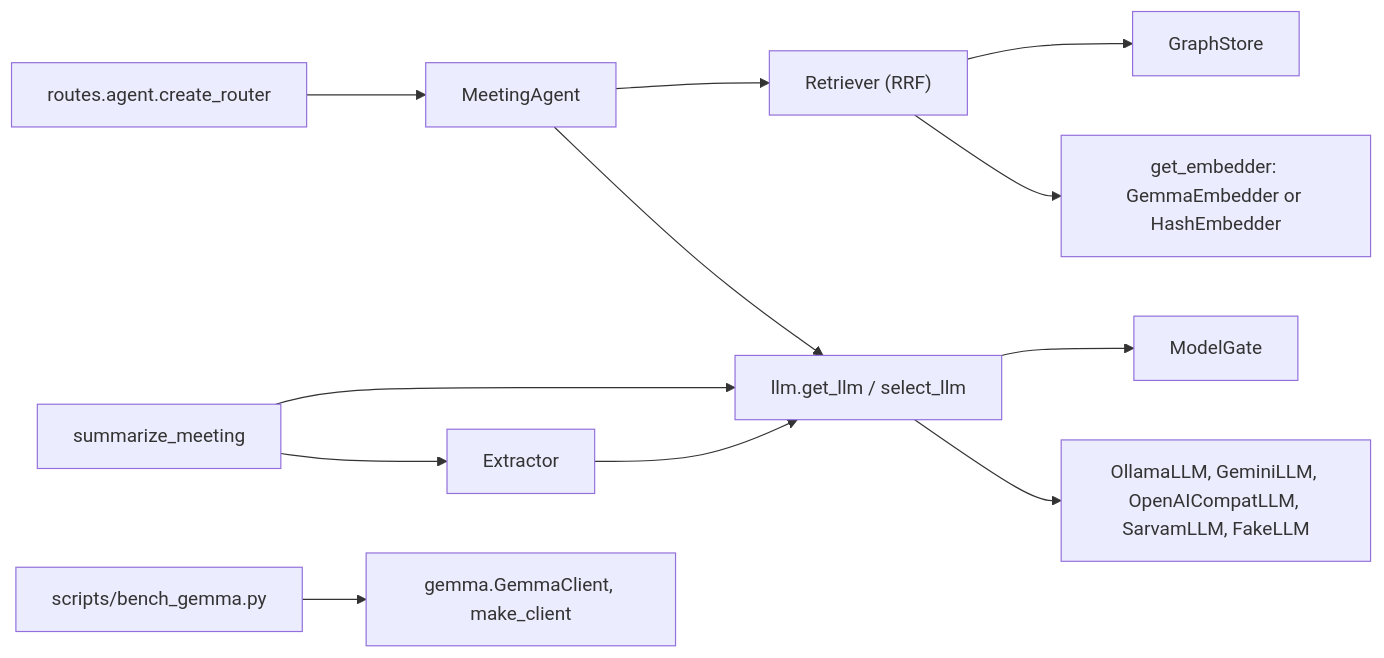
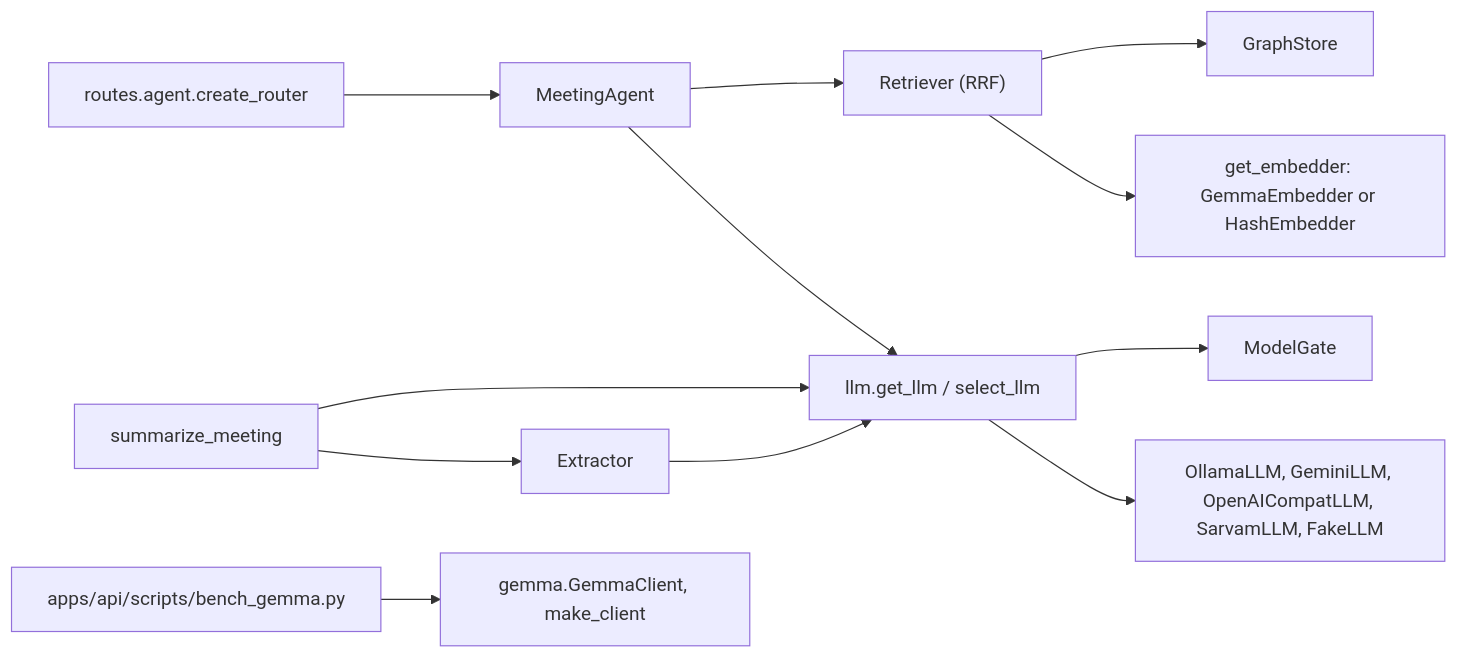
One commit to PDGamerSG/On-Record changed the third of 6 diagrams in docs/architecture/README.md. Above: the diagram before and after it, drawn with Mermaid. The commit also changed other lines of this file and 19 other files, not shown here.

First line of the commit message:
Move the API scripts and benchmarks under apps/api

````diff
--- a/docs/architecture/README.md
+++ b/docs/architecture/README.md
@@ -142,16 +142,16 @@
 ```mermaid
 flowchart LR
   agentapi["routes.agent.create_router"] --> agent["MeetingAgent"]
   agent --> retr["Retriever (RRF)"]
   agent --> llm["llm.get_llm / select_llm"]
   extr["Extractor"] --> llm
   summ["summarize_meeting"] --> llm
   summ --> extr
   llm --> gate["ModelGate"]
   llm --> prov["OllamaLLM, GeminiLLM, OpenAICompatLLM, SarvamLLM, FakeLLM"]
   retr --> store["GraphStore"]
   emb["get_embedder: GemmaEmbedder or HashEmbedder"]
   retr --> emb
   gemma["gemma.GemmaClient, make_client"]
-  bench["scripts/bench_gemma.py"] --> gemma
+  bench["apps/api/scripts/bench_gemma.py"] --> gemma
 ```
````
